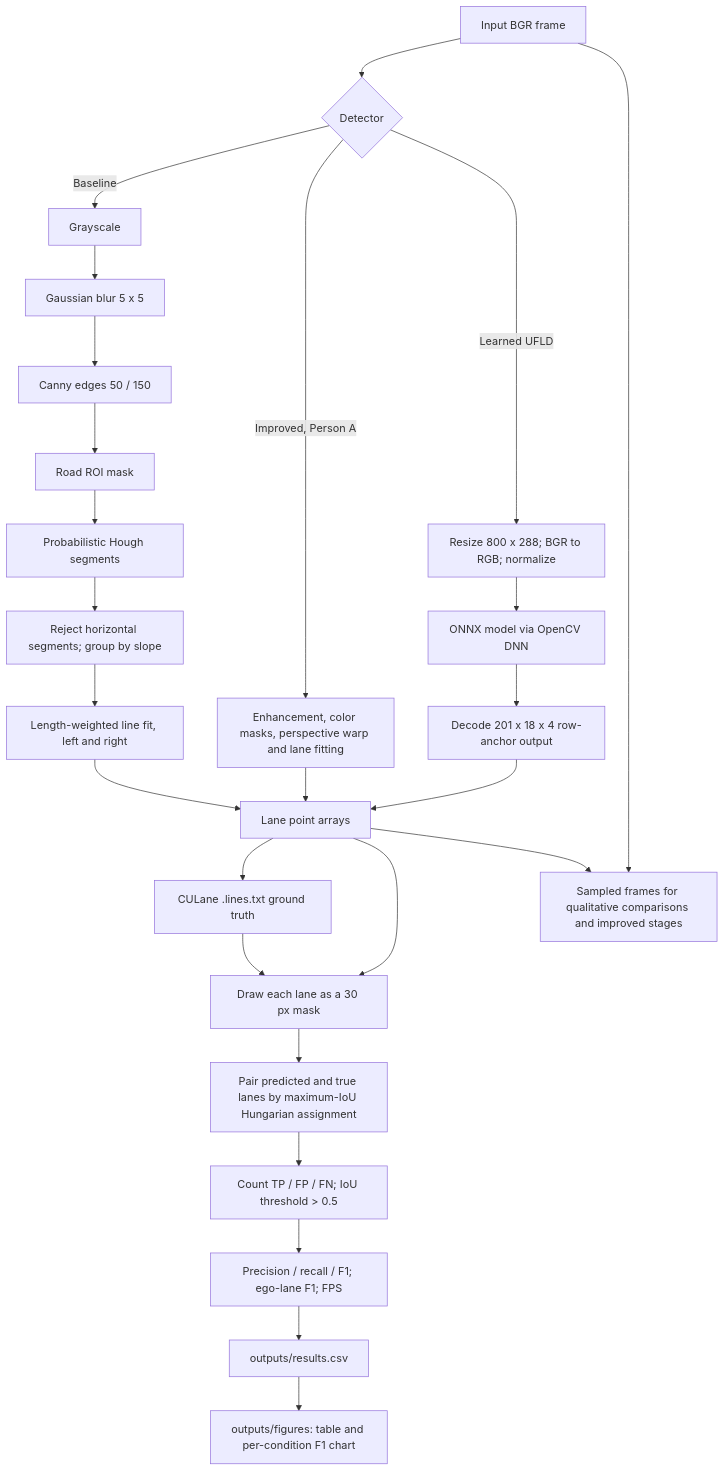
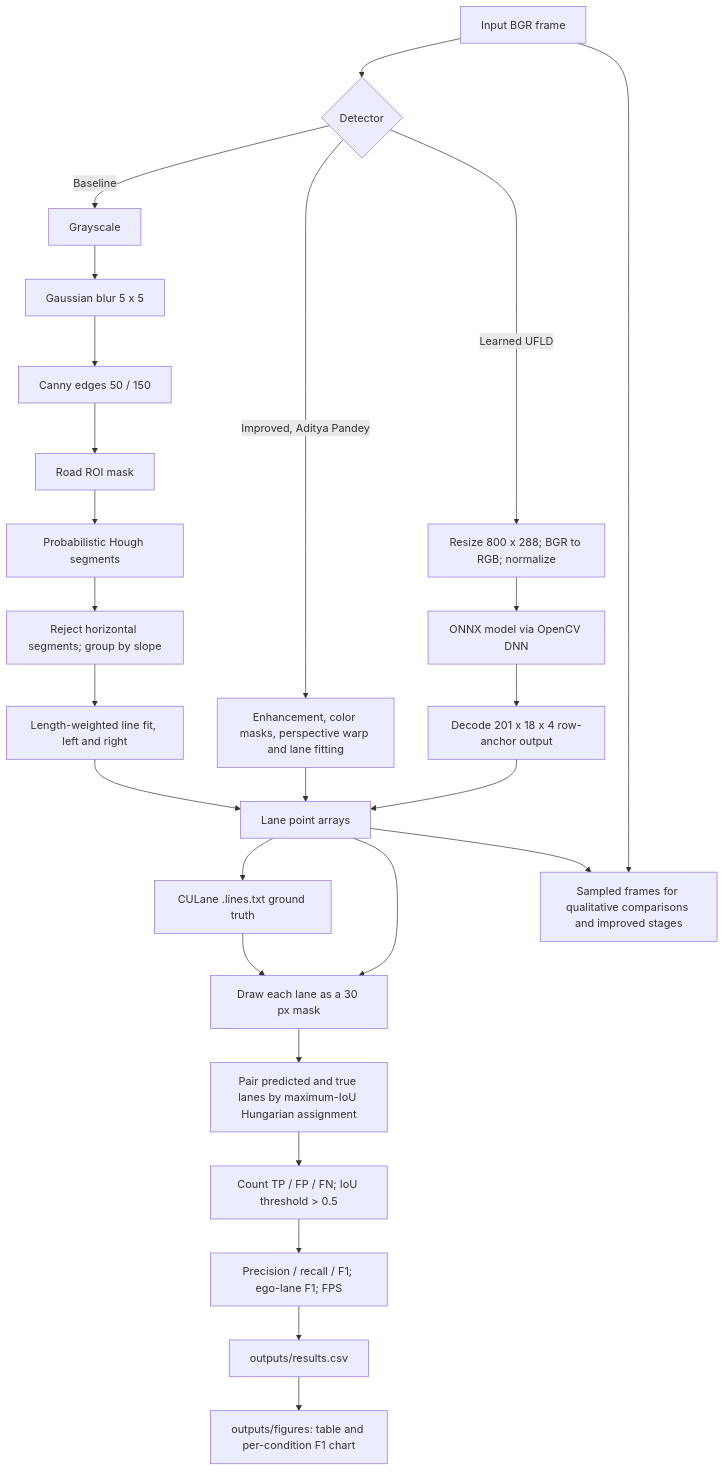
One commit to Shashank1024/DIP-049 changed the diagram in docs/lane_detection_architecture.md. Above: the diagram before and after it, drawn with Mermaid. The commit also changed 5 other files, not shown here.

````diff
--- a/docs/lane_detection_architecture.md
+++ b/docs/lane_detection_architecture.md
@@ -3,32 +3,32 @@
 ```mermaid
 flowchart TD
     A[Input BGR frame] --> B{Detector}
 
     B -->|Baseline| C[Grayscale]
     C --> C1[Gaussian blur 5 x 5]
     C1 --> C2[Canny edges 50 / 150]
     C2 --> C3[Road ROI mask]
     C3 --> C4[Probabilistic Hough segments]
     C4 --> C5[Reject horizontal segments; group by slope]
     C5 --> C6[Length-weighted line fit, left and right]
     C6 --> O[Lane point arrays]
 
-    B -->|Improved, Person A| D[Enhancement, color masks, perspective warp and lane fitting]
+    B -->|Improved, Aditya Pandey| D[Enhancement, color masks, perspective warp and lane fitting]
     D --> O
 
     B -->|Learned UFLD| E[Resize 800 x 288; BGR to RGB; normalize]
     E --> E1[ONNX model via OpenCV DNN]
     E1 --> E2[Decode 201 x 18 x 4 row-anchor output]
     E2 --> O
 
     O --> F[CULane .lines.txt ground truth]
     F --> G[Draw each lane as a 30 px mask]
     O --> G
     G --> H[Pair predicted and true lanes by maximum-IoU Hungarian assignment]
     H --> I[Count TP / FP / FN; IoU threshold > 0.5]
     I --> J[Precision / recall / F1; ego-lane F1; FPS]
     J --> K[outputs/results.csv]
     K --> L[outputs/figures: table and per-condition F1 chart]
     A --> M[Sampled frames for qualitative comparisons and improved stages]
     O --> M
 ```
````
